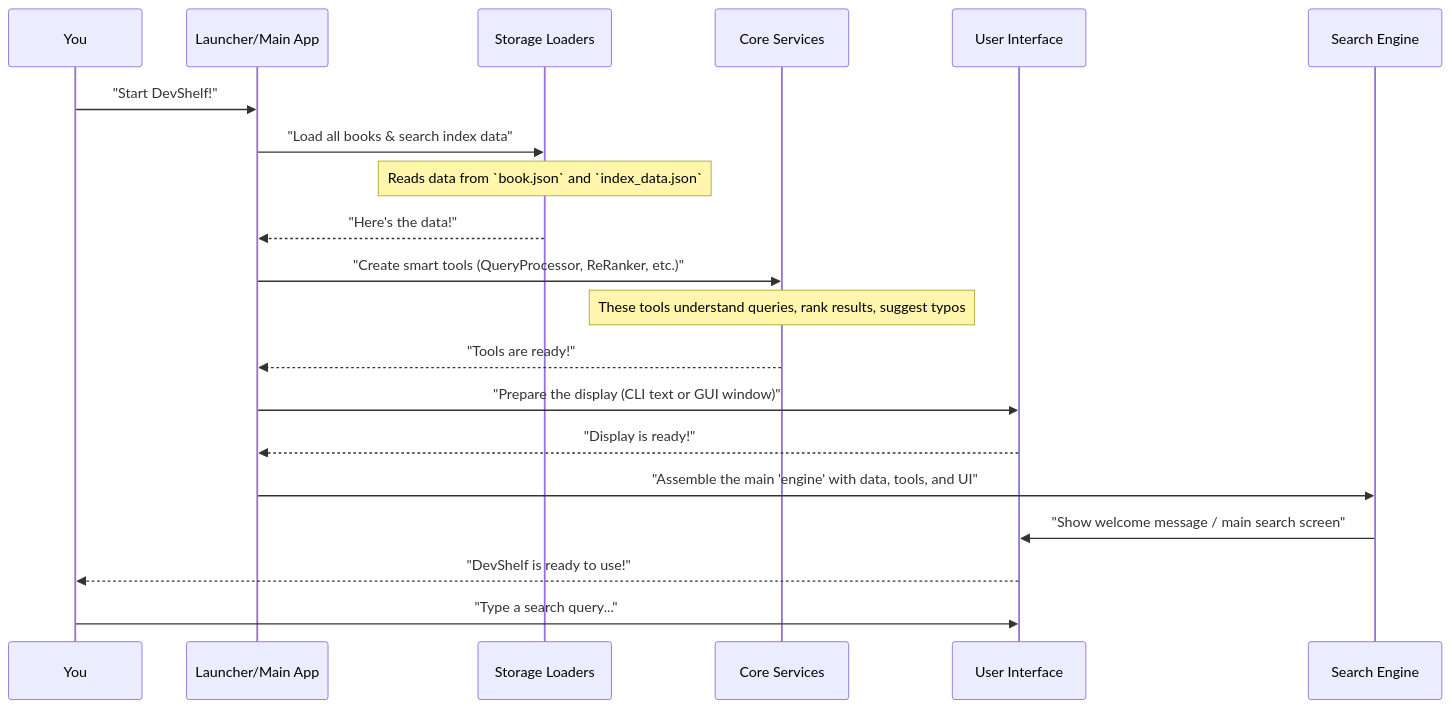
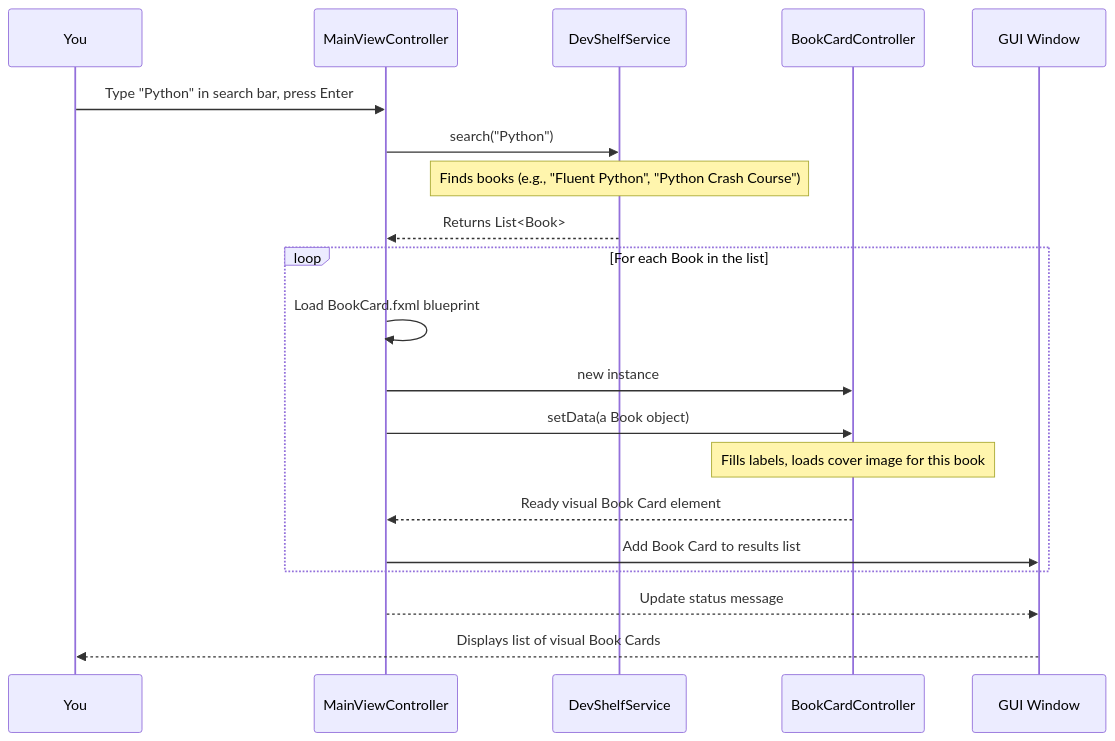
The diagram in documentation/Chapter 1 Application Startup & Flow Control.md (Kas-sim/DevShelf), drawn with Mermaid before and after one commit. The commit also changed other lines of this file, not shown here.

First line of the commit message:
Add Chapter 1: User Interface Presentation

````diff
--- a/documentation/Chapter 1 Application Startup & Flow Control.md
+++ b/documentation/Chapter 1 Application Startup & Flow Control.md
@@ -136,23 +93,23 @@
 ```mermaid
 sequenceDiagram
     participant You
-    participant Launcher/Main App
-    participant Storage Loaders
-    participant Core Services
-    participant User Interface
-    participant Search Engine
+    participant MainViewController
+    participant DevShelfService
+    participant BookCardController
+    participant GUI Window
 
-    You->>Launcher/Main App: "Start DevShelf!"
-    Launcher/Main App->>Storage Loaders: "Load all books & search index data"
-    Note over Storage Loaders: Reads data from `book.json` and `index_data.json`
-    Storage Loaders-->>Launcher/Main App: "Here's the data!"
-    Launcher/Main App->>Core Services: "Create smart tools (QueryProcessor, ReRanker, etc.)"
-    Note over Core Services: These tools understand queries, rank results, suggest typos
-    Core Services-->>Launcher/Main App: "Tools are ready!"
-    Launcher/Main App->>User Interface: "Prepare the display (CLI text or GUI window)"
-    User Interface-->>Launcher/Main App: "Display is ready!"
-    Launcher/Main App->>Search Engine: "Assemble the main 'engine' with data, tools, and UI"
-    Search Engine->>User Interface: "Show welcome message / main search screen"
-    User Interface-->>You: "DevShelf is ready to use!"
-    You->>User Interface: "Type a search query..."
+    You->>MainViewController: Type "Python" in search bar, press Enter
+    MainViewController->>DevShelfService: search("Python")
+    Note over DevShelfService: Finds books (e.g., "Fluent Python", "Python Crash Course")
+    DevShelfService-->>MainViewController: Returns List<Book>
+    loop For each Book in the list
+        MainViewController->>MainViewController: Load BookCard.fxml blueprint
+        MainViewController->>BookCardController: new instance
+        MainViewController->>BookCardController: setData(a Book object)
+        Note over BookCardController: Fills labels, loads cover image for this book
+        BookCardController-->>MainViewController: Ready visual Book Card element
+        MainViewController->>GUI Window: Add Book Card to results list
+    end
+    MainViewController-->>GUI Window: Update status message
+    GUI Window-->>You: Displays list of visual Book Cards
 ```
````
